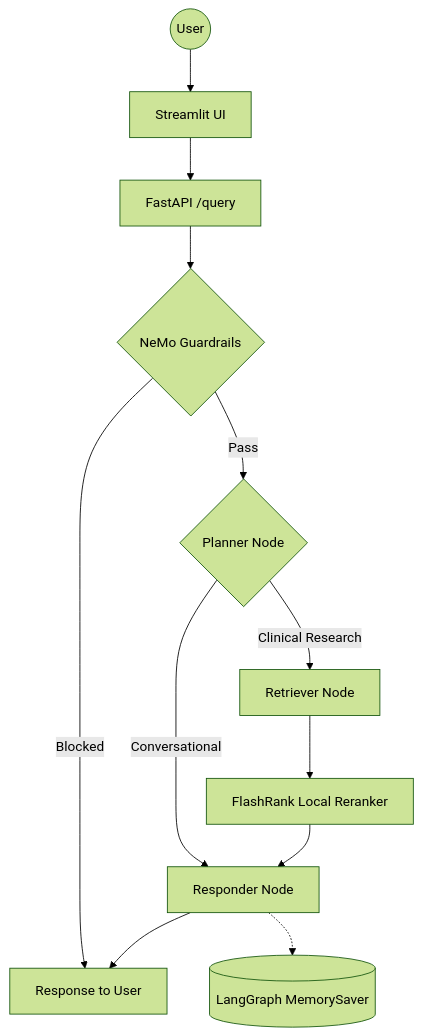
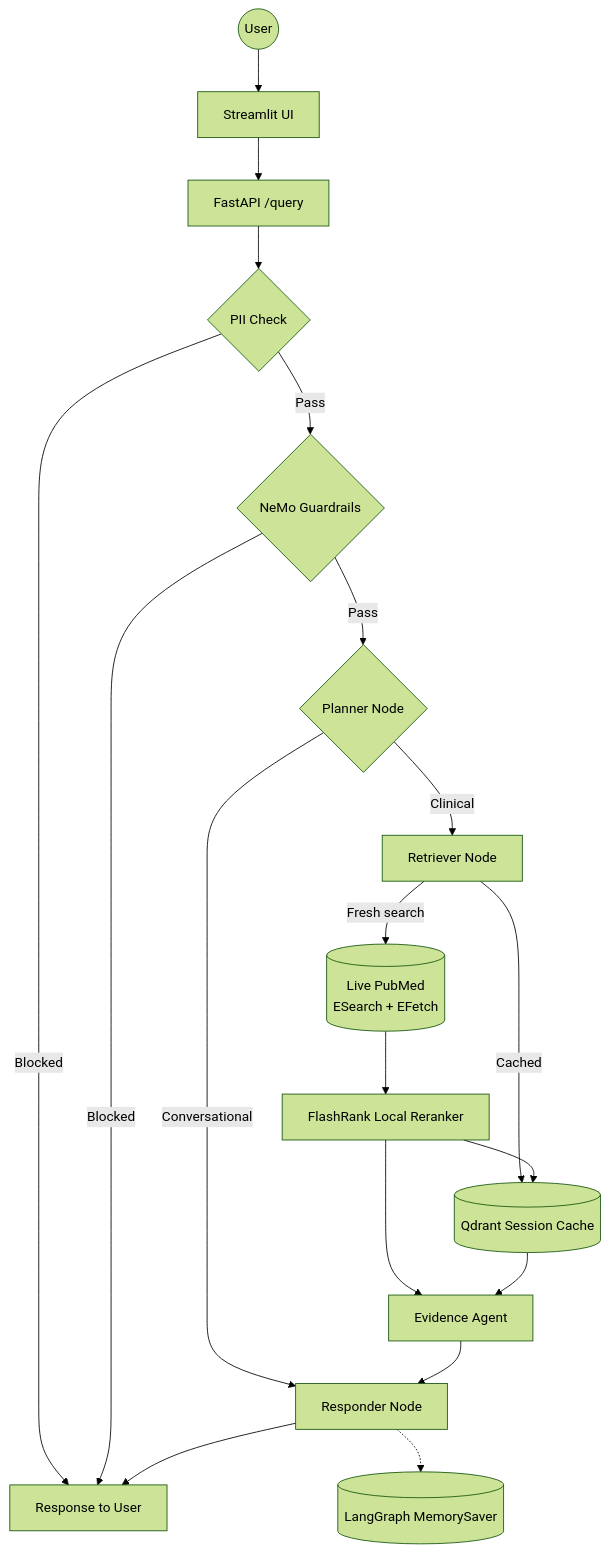
The diagram in README.md (rahulvansh66/healthcare-research-assistant), drawn with Mermaid (forest theme) before and after one commit. The commit also changed other lines of this file and 51 other files, not shown here.

First line of the commit message:
feat(retrieval): add evidence agent, full-text fetch, PII guardrail, and tests

````diff
--- a/README.md
+++ b/README.md
@@ -24,14 +27,21 @@
 ```mermaid
 graph TD
     User((User)) --> UI[Streamlit UI]
     UI --> API[FastAPI /query]
-    API --> Guard{NeMo Guardrails}
-    Guard -->|Blocked| Response[Response to User]
+    API --> PII{PII Check}
+    PII -->|Blocked| Response[Response to User]
+    PII -->|Pass| Guard{NeMo Guardrails}
+    Guard -->|Blocked| Response
     Guard -->|Pass| Planner{Planner Node}
     Planner -->|Conversational| Responder[Responder Node]
-    Planner -->|Clinical Research| Retriever[Retriever Node]
-    Retriever --> Reranker[FlashRank Local Reranker]
-    Reranker --> Responder
+    Planner -->|Clinical| Retriever[Retriever Node]
+    Retriever -->|Fresh search| PubMed[(Live PubMed\nESearch + EFetch)]
+    Retriever -->|Cached| SessionCache[(Qdrant Session Cache)]
+    PubMed --> Reranker[FlashRank Local Reranker]
+    Reranker --> SessionCache
+    Reranker --> Evidence[Evidence Agent]
+    SessionCache --> Evidence
+    Evidence --> Responder
     Responder --> Response
     Responder -.-> Memory[(LangGraph MemorySaver)]
 ```
````
